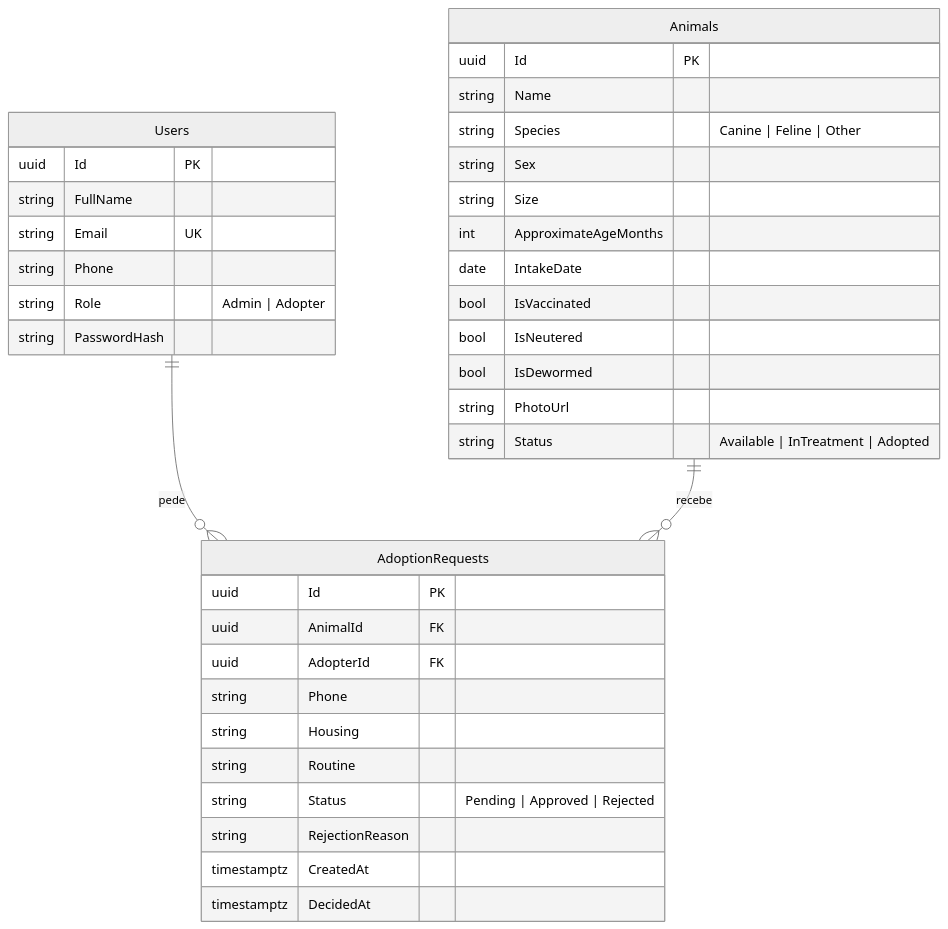
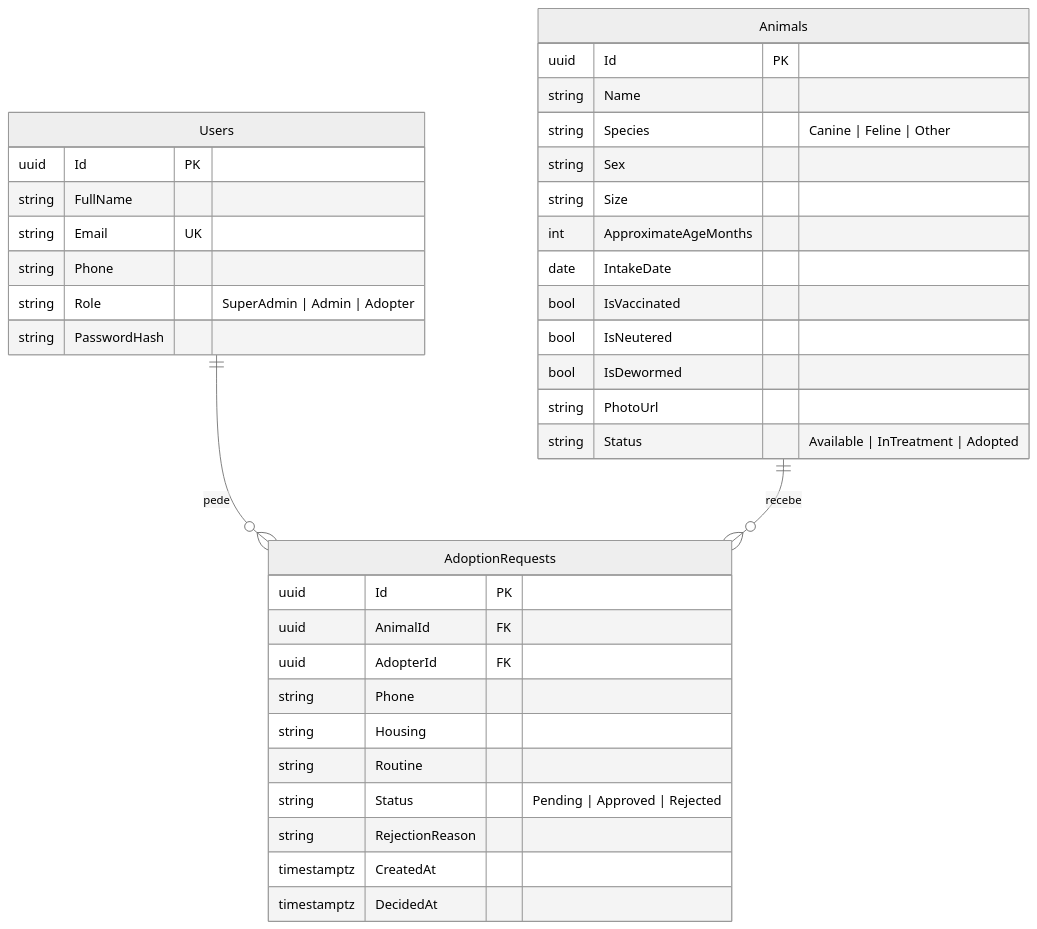
Before and after one commit to HeFidelis/sistema-dac-back: the first of 2 diagrams in README.md, drawn with Mermaid (neutral theme). The commit also changed other lines of this file, not shown here.

Commit message:
docs: document super admin and team roles

````diff
--- a/README.md
+++ b/README.md
@@ -40,39 +48,39 @@
 ```mermaid
 erDiagram
     Users ||--o{ AdoptionRequests : "pede"
     Animals ||--o{ AdoptionRequests : "recebe"
     Users {
         uuid Id PK
         string FullName
         string Email UK
         string Phone
-        string Role "Admin | Adopter"
+        string Role "SuperAdmin | Admin | Adopter"
         string PasswordHash
     }
     Animals {
         uuid Id PK
         string Name
         string Species "Canine | Feline | Other"
         string Sex
         string Size
         int ApproximateAgeMonths
         date IntakeDate
         bool IsVaccinated
         bool IsNeutered
         bool IsDewormed
         string PhotoUrl
         string Status "Available | InTreatment | Adopted"
     }
     AdoptionRequests {
         uuid Id PK
         uuid AnimalId FK
         uuid AdopterId FK
         string Phone
         string Housing
         string Routine
         string Status "Pending | Approved | Rejected"
         string RejectionReason
         timestamptz CreatedAt
         timestamptz DecidedAt
     }
 ```
````
